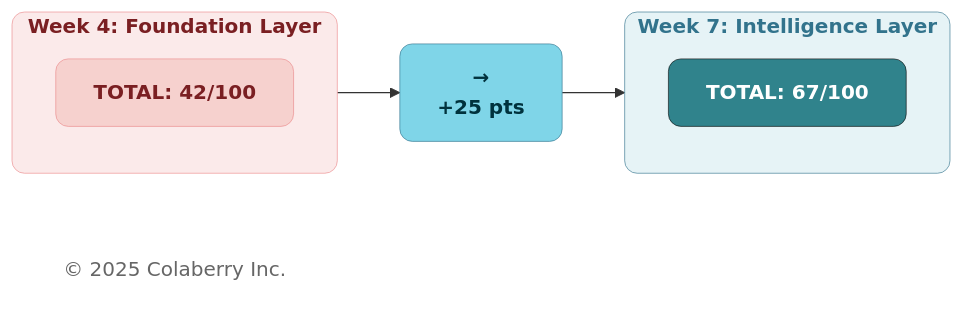
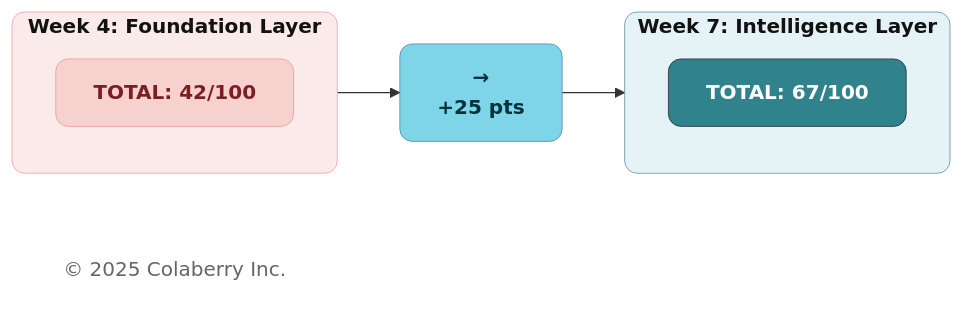
One commit to saitejesh-cyber/trust-before-intelligence-book changed diagram 12 of 13 in manuscript/06_chapter_5_intelligence_layers.md. Above: the diagram before and after it, drawn with Mermaid. The commit also changed other lines of this file and 12 other files, not shown here.

````diff
--- a/manuscript/06_chapter_5_intelligence_layers.md
+++ b/manuscript/06_chapter_5_intelligence_layers.md
@@ -1190,26 +1190,26 @@
 ```mermaid
 graph LR
     subgraph W4_SUB["<b>Week 4: Foundation Layer</b>"]
         direction TB
         W4_TOTAL["<b>TOTAL: 42/100</b>"]
     end
     
     ARROW["<b>→</b><br/><b>+25 pts</b>"]
     
     subgraph W7_SUB["<b>Week 7: Intelligence Layer</b>"]
         direction TB
         W7_TOTAL["<b>TOTAL: 67/100</b>"]
     end
     
     Copyright["© 2025 Colaberry Inc."]
     
     W4_TOTAL --> ARROW
     ARROW --> W7_TOTAL
     
-    style W4_SUB fill:#FBEAEA,stroke:#EB898B,stroke-width:0.5px,color:#7A1F22,rx:10,ry:10
+    style W4_SUB fill:#FBEAEA,stroke:#EB898B,stroke-width:0.5px,color:#121212,rx:10,ry:10
     style W4_TOTAL fill:#F6D1CE,stroke:#EB898B,stroke-width:0.5px,color:#7A1F22,rx:10,ry:10
     style ARROW fill:#7FD5E8,stroke:#32738C,stroke-width:0.5px,color:#00323D,rx:10,ry:10
-    style W7_SUB fill:#E6F3F6,stroke:#32738C,stroke-width:0.5px,color:#32738C,rx:10,ry:10
+    style W7_SUB fill:#E6F3F6,stroke:#32738C,stroke-width:0.5px,color:#121212,rx:10,ry:10
     style W7_TOTAL fill:#30838C,stroke:#0D0D0D,stroke-width:0.5px,color:#ffffff,rx:10,ry:10
     style Copyright fill:none,stroke:none,color:#666666
 ```
````
